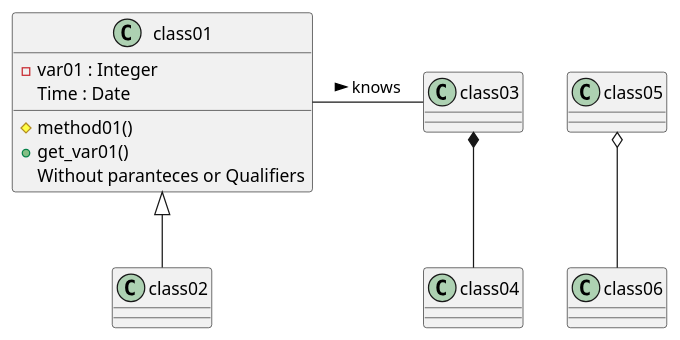
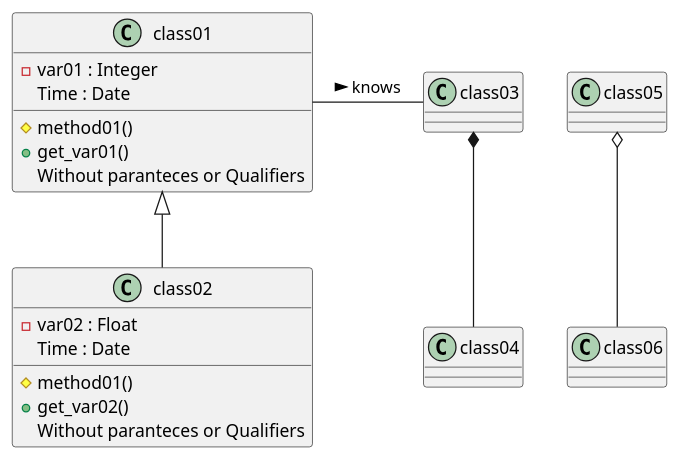
Before and after one commit to UPPMAX/programming_formalisms_intro: the diagram in doc/puml/class.puml, drawn with PlantUML.

```diff
--- a/doc/puml/class.puml
+++ b/doc/puml/class.puml
@@ -1,14 +1,23 @@
 @startuml
  class01 <|-- class02
  class03 *-- class04
  class05 o-- class06
 
  class01- class03 : knows >
  class class01 {
     -var01 : Integer
     Time : Date
     #method01()
     +get_var01()
     {method}Without paranteces or Qualifiers
  }
+ 
+ class class02 {
+    -var02 : Float
+    Time : Date
+    #method01()
+    +get_var02()
+    {method}Without paranteces or Qualifiers
+ }
+
 @enduml
```
